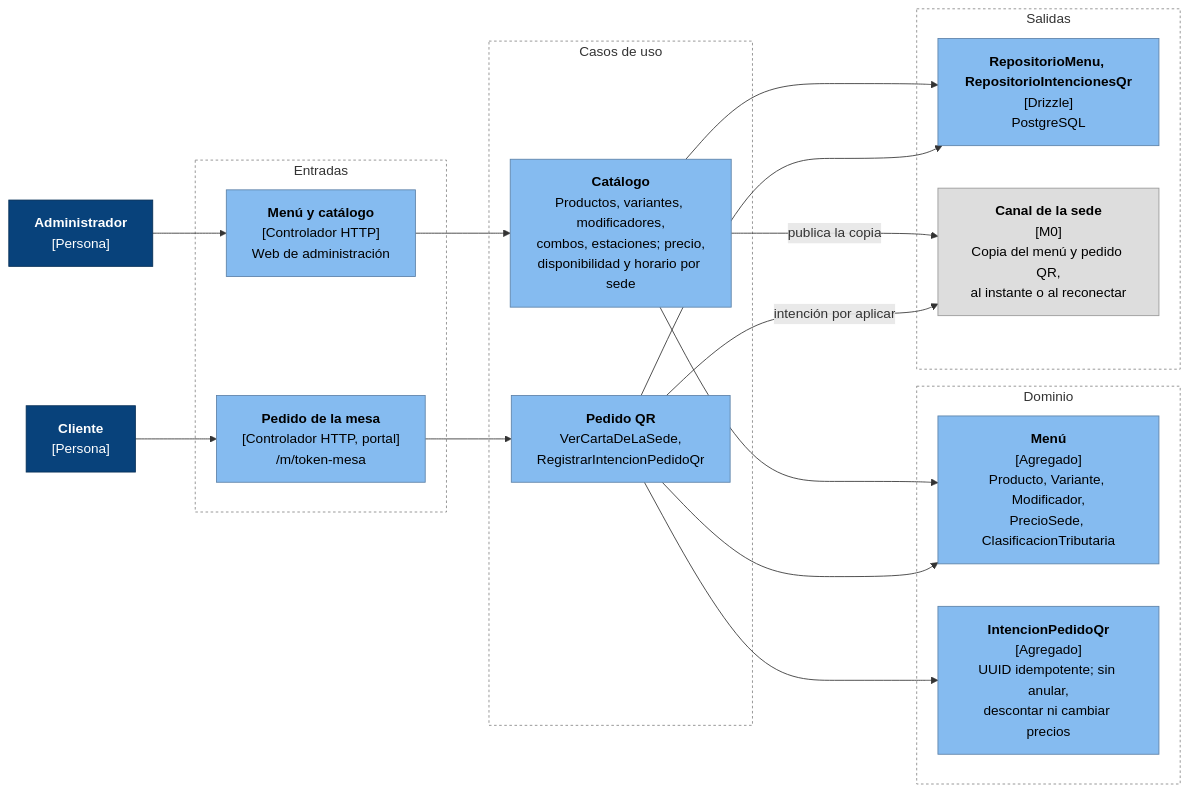
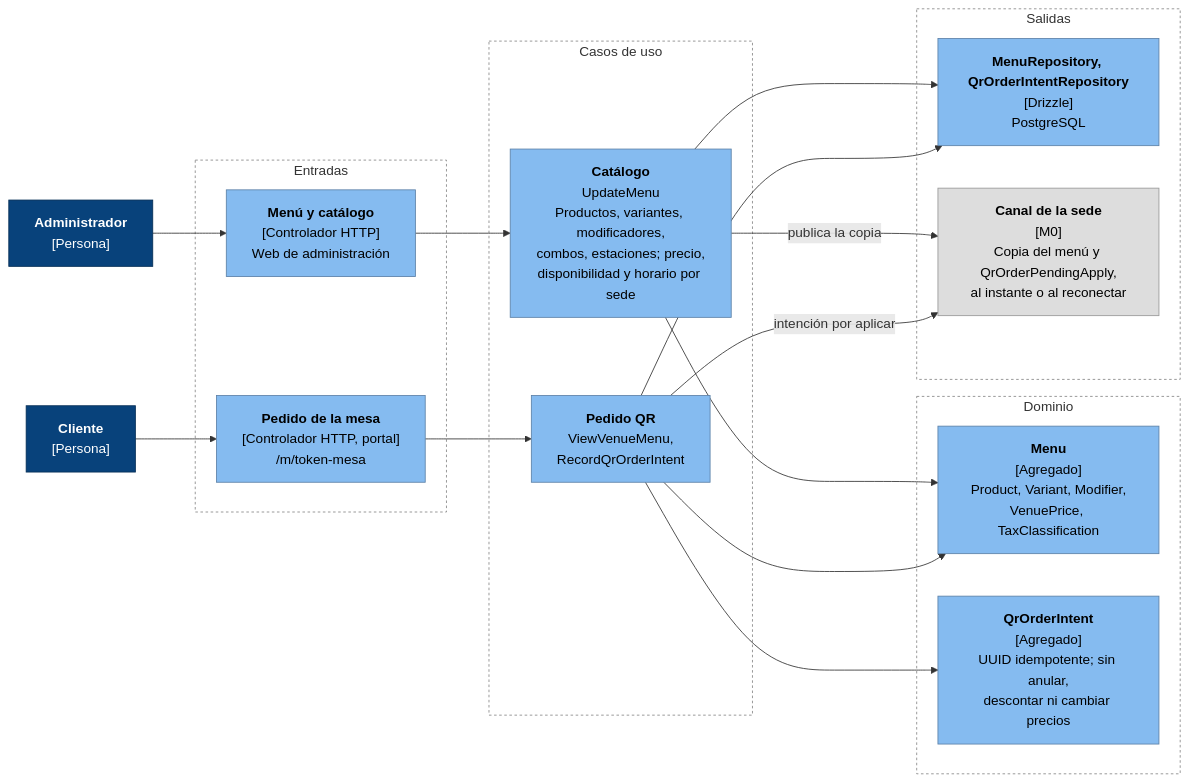
Before and after one commit to CesarJOtizM/blackHole: the second of 2 diagrams in docs/arquitectura/componentes/c4-m1-pedidos-y-salon.md, drawn with Mermaid. The commit also changed other lines of this file and 159 other files, not shown here.

````diff
--- a/docs/arquitectura/componentes/c4-m1-pedidos-y-salon.md
+++ b/docs/arquitectura/componentes/c4-m1-pedidos-y-salon.md
@@ -110,43 +111,43 @@
 ```mermaid
 flowchart LR
   ADM["<b>Administrador</b><br/>[Persona]"]:::persona
-  CLI["<b>Cliente</b><br/>[Persona]"]:::persona
+  CUS["<b>Cliente</b><br/>[Persona]"]:::persona
 
-  subgraph Entradas["Entradas"]
+  subgraph Inputs["Entradas"]
     MENC["<b>Menú y catálogo</b><br/>[Controlador HTTP]<br/>Web de administración"]:::componente
     PQR["<b>Pedido de la mesa</b><br/>[Controlador HTTP, portal]<br/>/m/token-mesa"]:::componente
   end
 
-  subgraph Aplicacion["Casos de uso"]
-    UC_MEN["<b>Catálogo</b><br/>Productos, variantes, modificadores,<br/>combos, estaciones; precio,<br/>disponibilidad y horario por sede"]:::componente
-    UC_QR["<b>Pedido QR</b><br/>VerCartaDeLaSede,<br/>RegistrarIntencionPedidoQr"]:::componente
+  subgraph Application["Casos de uso"]
+    UC_MEN["<b>Catálogo</b><br/>UpdateMenu<br/>Productos, variantes, modificadores,<br/>combos, estaciones; precio,<br/>disponibilidad y horario por sede"]:::componente
+    UC_QR["<b>Pedido QR</b><br/>ViewVenueMenu,<br/>RecordQrOrderIntent"]:::componente
   end
 
-  subgraph Dominio["Dominio"]
-    D_MEN["<b>Menú</b><br/>[Agregado]<br/>Producto, Variante, Modificador,<br/>PrecioSede, ClasificacionTributaria"]:::componente
-    D_INT["<b>IntencionPedidoQr</b><br/>[Agregado]<br/>UUID idempotente; sin anular,<br/>descontar ni cambiar precios"]:::componente
+  subgraph Domain["Dominio"]
+    D_MEN["<b>Menu</b><br/>[Agregado]<br/>Product, Variant, Modifier,<br/>VenuePrice, TaxClassification"]:::componente
+    D_INT["<b>QrOrderIntent</b><br/>[Agregado]<br/>UUID idempotente; sin anular,<br/>descontar ni cambiar precios"]:::componente
   end
 
-  subgraph Salida["Salidas"]
-    REPO["<b>RepositorioMenu, RepositorioIntencionesQr</b><br/>[Drizzle]<br/>PostgreSQL"]:::componente
-    CAN["<b>Canal de la sede</b><br/>[M0]<br/>Copia del menú y pedido QR,<br/>al instante o al reconectar"]:::modulo
+  subgraph Outputs["Salidas"]
+    REPO["<b>MenuRepository, QrOrderIntentRepository</b><br/>[Drizzle]<br/>PostgreSQL"]:::componente
+    CHN["<b>Canal de la sede</b><br/>[M0]<br/>Copia del menú y QrOrderPendingApply,<br/>al instante o al reconectar"]:::modulo
   end
 
   ADM --> MENC --> UC_MEN
-  CLI --> PQR --> UC_QR
+  CUS --> PQR --> UC_QR
   UC_MEN --> D_MEN
   UC_QR --> D_MEN
   UC_QR --> D_INT
   UC_MEN --> REPO
   UC_QR --> REPO
-  UC_MEN -- "publica la copia" --> CAN
-  UC_QR -- "intención por aplicar" --> CAN
+  UC_MEN -- "publica la copia" --> CHN
+  UC_QR -- "intención por aplicar" --> CHN
 
   classDef persona fill:#08427b,stroke:#052e56,color:#fff
   classDef componente fill:#85bbf0,stroke:#5d82a8,color:#000
   classDef modulo fill:#dddddd,stroke:#999999,color:#000
-  style Entradas fill:none,stroke:#888,stroke-dasharray: 3 3
-  style Aplicacion fill:none,stroke:#888,stroke-dasharray: 3 3
-  style Dominio fill:none,stroke:#888,stroke-dasharray: 3 3
-  style Salida fill:none,stroke:#888,stroke-dasharray: 3 3
+  style Inputs fill:none,stroke:#888,stroke-dasharray: 3 3
+  style Application fill:none,stroke:#888,stroke-dasharray: 3 3
+  style Domain fill:none,stroke:#888,stroke-dasharray: 3 3
+  style Outputs fill:none,stroke:#888,stroke-dasharray: 3 3
 ```
````
